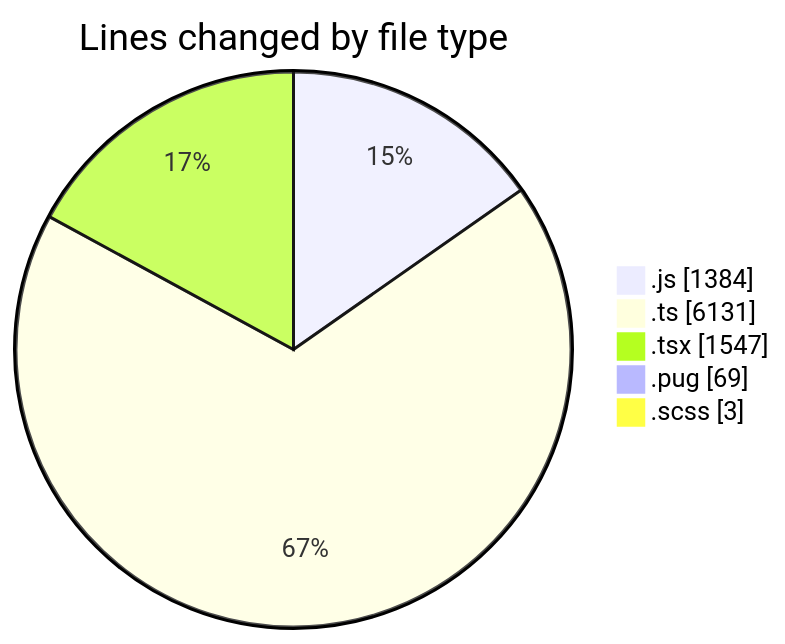
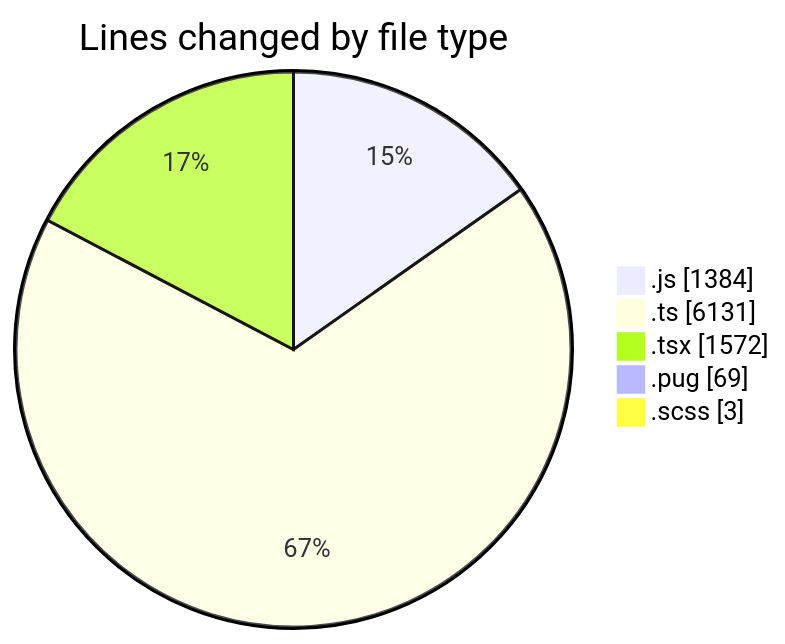
One commit to momahboobian/code-tracking changed the first of 2 diagrams in 2025-03-25/cda/README.md. Above: the diagram before and after it, drawn with Mermaid. The commit also changed other lines of this file and 1 other file, not shown here.

````diff
--- a/2025-03-25/cda/README.md
+++ b/2025-03-25/cda/README.md
@@ -38,9 +38,9 @@
 ```mermaid
 pie showData
 title Lines changed by file type
 ".js" : 1384
 ".ts" : 6131
-".tsx" : 1547
+".tsx" : 1572
 ".pug" : 69
 ".scss" : 3
 ```
````
